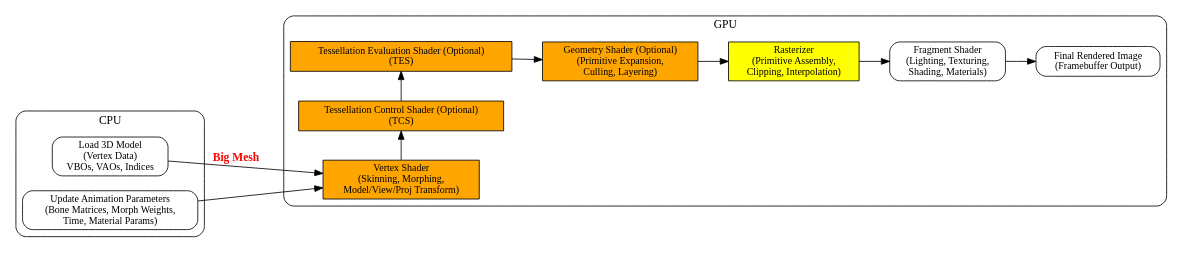
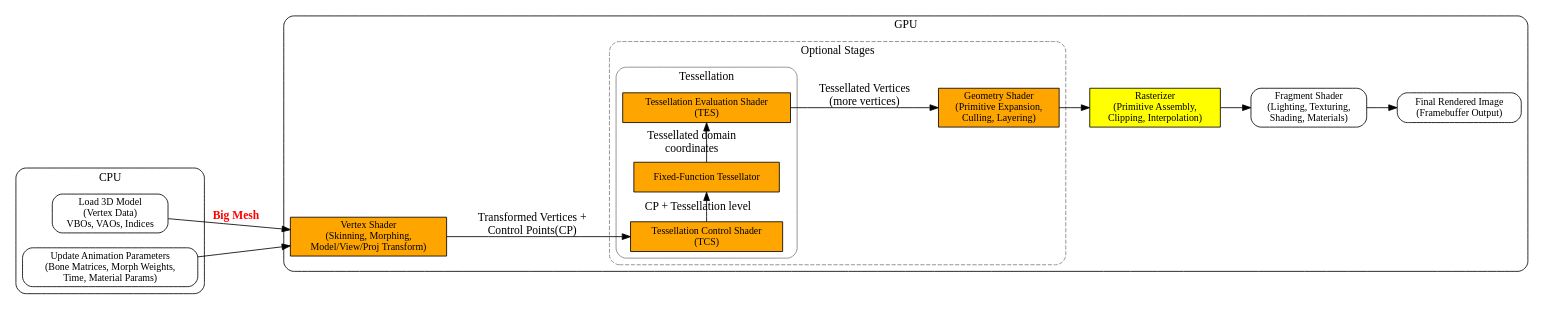
One commit to Jonathan2251/lbd changed the diagram in Fig/gpu/short-rendering-pipeline-shaders-cpu-gpu-2.gv. Above: the diagram before and after it, drawn with Graphviz. The commit also changed 15 other files, not shown here.

Commit message:
gpu.rst: refine 'section Animation', 'section Mesh-Shader Pipeline' and 'sectionOpenGL Shader Compiler', add 'section Tessellation Example'.

```diff
--- a/Fig/gpu/short-rendering-pipeline-shaders-cpu-gpu-2.gv
+++ b/Fig/gpu/short-rendering-pipeline-shaders-cpu-gpu-2.gv
@@ -1,51 +1,64 @@
 digraph CPU_GPU_Pipeline {
     rankdir=LR;
     node [shape=box, style=rounded, fontsize=12];
 
     subgraph cluster_cpu {
         label="CPU";
         style=rounded;
         CPU_Vertex [label="Load 3D Model\n(Vertex Data)\nVBOs, VAOs, Indices"];
         CPU_Anim   [label="Update Animation Parameters\n(Bone Matrices, Morph Weights,\nTime, Material Params)"];
     }
 
     subgraph cluster_gpu {
         label="GPU";
         style=rounded;
 
         VS   [label="Vertex Shader\n(Skinning, Morphing,\nModel/View/Proj Transform)",
               style=filled, fillcolor=orange];
 
-        TCS  [label="Tessellation Control Shader (Optional)\n(TCS)",
-              style=filled, fillcolor=orange];
+        subgraph cluster_optional {
+            label="Optional Stages";
+            style="rounded,dashed";
+            color="gray";
 
-        TES  [label="Tessellation Evaluation Shader (Optional)\n(TES)",
-              style=filled, fillcolor=orange];
+            subgraph cluster_ts {
+                label="Tessellation";
+                style=rounded;
 
-        GS   [label="Geometry Shader (Optional)\n(Primitive Expansion,\nCulling, Layering)",
-              style=filled, fillcolor=orange];
+                TCS  [label="Tessellation Control Shader\n(TCS)",
+                      style=filled, fillcolor=orange];
+
+                TS  [label="Fixed-Function Tessellator",
+                      style=filled, fillcolor=orange];
+
+                TES  [label="Tessellation Evaluation Shader\n(TES)",
+                      style=filled, fillcolor=orange];
+
+                TCS -> TS [label="CP + Tessellation level"];
+                TS -> TES  [label="Tessellated domain\ncoordinates"];
+
+                { rank = same;  TCS; TS; TES }
+            }
+
+            GS   [label="Geometry Shader\n(Primitive Expansion,\nCulling, Layering)",
+                  style=filled, fillcolor=orange];
+        }
 
         Raster [label="Rasterizer\n(Primitive Assembly,\nClipping, Interpolation)",
                 style=filled, fillcolor=yellow];
 
         FS   [label="Fragment Shader\n(Lighting, Texturing,\nShading, Materials)"];
 
         FB   [label="Final Rendered Image\n(Framebuffer Output)"];
-
-        // === Layering for better spacing ===
-        { rank = same; VS; TCS ; TES}
-       // { rank = same;  TES }
-       // { rank = same; GS; Raster; FS; FB }
     }
 
     CPU_Vertex -> VS [label=<<b><font color="red">Big Mesh</font></b>>];
     CPU_Anim   -> VS;
 
-    VS  -> TCS;
-    TCS -> TES;
-    TES -> GS;
+    VS  -> TCS [label="Transformed Vertices +\nControl Points(CP)"];
+    TES -> GS [label="Tessellated Vertices\n(more vertices)"];
     GS  -> Raster;
 
     Raster -> FS;
     FS -> FB;
 }
```
